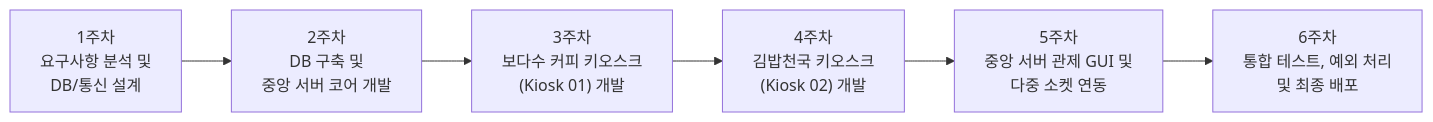
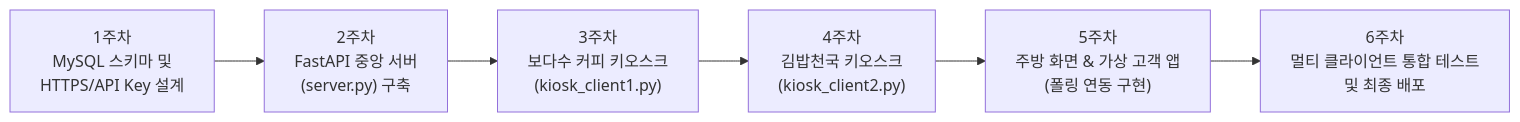
One commit to bodasoo/bds-kiosk changed the second of 2 diagrams in PLAN.md. Above: the diagram before and after it, drawn with Mermaid. The commit also changed other lines of this file and 1 other file, not shown here.

Commit message:
docs: update Readme.md and PLAN.md with FastAPI, MySQL, HTTPS, API Key, and 4 Tkinter clients

````diff
--- a/PLAN.md
+++ b/PLAN.md
@@ -31,8 +139,8 @@
 ```mermaid
 flowchart LR
-    W1["1주차<br/>요구사항 분석 및<br/>DB/통신 설계"] --> W2["2주차<br/>DB 구축 및<br/>중앙 서버 코어 개발"]
-    W2 --> W3["3주차<br/>보다수 커피 키오스크<br/>(Kiosk 01) 개발"]
-    W3 --> W4["4주차<br/>김밥천국 키오스크<br/>(Kiosk 02) 개발"]
-    W4 --> W5["5주차<br/>중앙 서버 관제 GUI 및<br/>다중 소켓 연동"]
-    W5 --> W6["6주차<br/>통합 테스트, 예외 처리<br/>및 최종 배포"]
+    W1["1주차<br/>MySQL 스키마 및<br/>HTTPS/API Key 설계"] --> W2["2주차<br/>FastAPI 중앙 서버<br/>(server.py) 구축"]
+    W2 --> W3["3주차<br/>보다수 커피 키오스크<br/>(kiosk_client1.py)"]
+    W3 --> W4["4주차<br/>김밥천국 키오스크<br/>(kiosk_client2.py)"]
+    W4 --> W5["5주차<br/>주방 화면 & 가상 고객 앱<br/>(폴링 연동 구현)"]
+    W5 --> W6["6주차<br/>멀티 클라이언트 통합 테스트<br/>및 최종 배포"]
 ```
````
